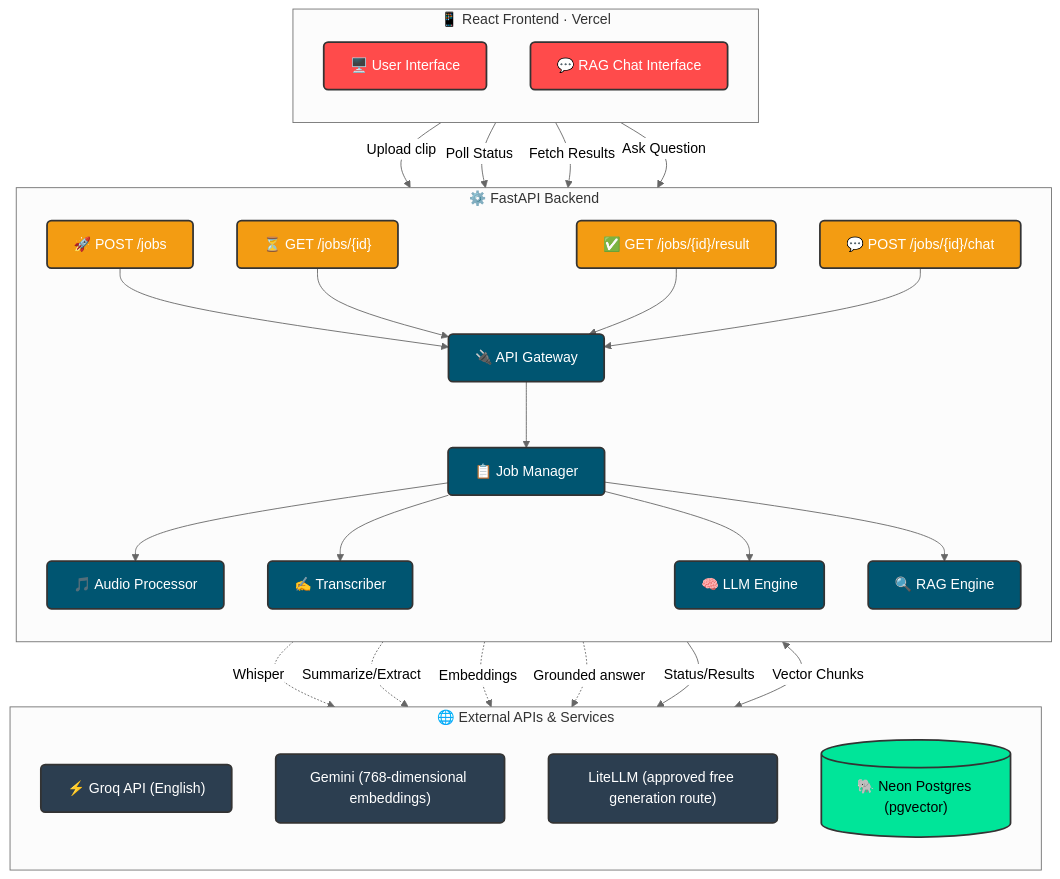
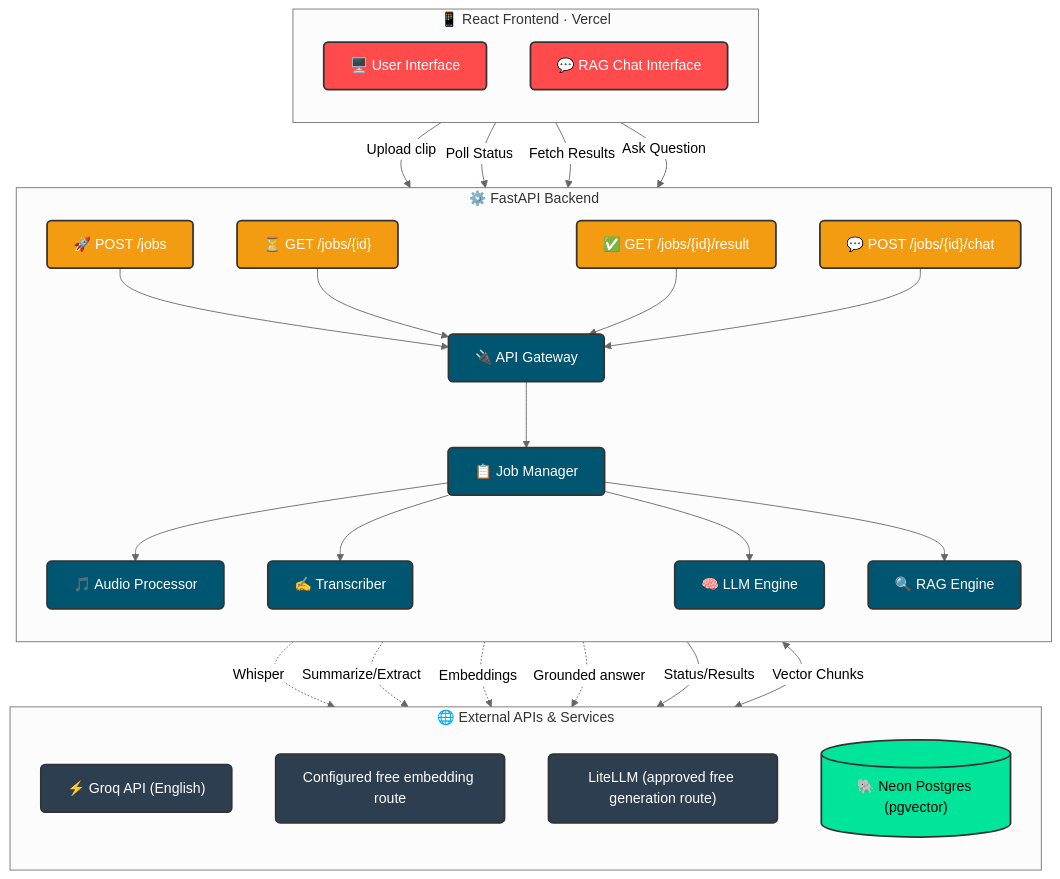
Before and after one commit to sumitjadhav1703/AI-Video-Assistant: the diagram in README.md, drawn with Mermaid (neutral theme). The commit also changed other lines of this file and 5 other files, not shown here.

````diff
--- a/README.md
+++ b/README.md
@@ -57,63 +59,63 @@
 ```mermaid
 flowchart TD
     %% Styling
     classDef frontend fill:#FF4B4B,stroke:#333,stroke-width:2px,color:#fff,rx:5px,ry:5px
     classDef backend fill:#005571,stroke:#333,stroke-width:2px,color:#fff,rx:5px,ry:5px
     classDef external fill:#2c3e50,stroke:#333,stroke-width:2px,color:#fff,rx:5px,ry:5px
     classDef database fill:#00E599,stroke:#333,stroke-width:2px,color:#000,rx:5px,ry:5px
     classDef apiEndpoint fill:#f39c12,stroke:#333,stroke-width:2px,color:#fff,rx:5px,ry:5px
 
     %% Nodes
     subgraph Frontend_App ["📱 React Frontend · Vercel"]
         direction TB
         UI["🖥️ User Interface"]:::frontend
         Chat["💬 RAG Chat Interface"]:::frontend
     end
 
     subgraph Backend_App ["⚙️ FastAPI Backend"]
         direction TB
         API_Start["🚀 POST /jobs"]:::apiEndpoint
         API_Status["⏳ GET /jobs/{id}"]:::apiEndpoint
         API_Result["✅ GET /jobs/{id}/result"]:::apiEndpoint
         API_Chat["💬 POST /jobs/{id}/chat"]:::apiEndpoint
 
         Gateway["🔌 API Gateway"]:::backend
         JobManager["📋 Job Manager"]:::backend
         AudioProc["🎵 Audio Processor"]:::backend
         Transcriber["✍️ Transcriber"]:::backend
         LLMEngine["🧠 LLM Engine"]:::backend
         RAGEngine["🔍 RAG Engine"]:::backend
     end
 
     subgraph External_Services ["🌐 External APIs & Services"]
         direction TB
         Groq["⚡ Groq API (English)"]:::external
-        Gemini["Gemini (768-dimensional embeddings)"]:::external
+        Embeddings["Configured free embedding route"]:::external
         LiteLLM["LiteLLM (approved free generation route)"]:::external
         Neon[("🐘 Neon Postgres (pgvector)")]:::database
     end
 
     %% Connections
     UI -->|"Upload clip"| API_Start
     UI -->|"Poll Status"| API_Status
     UI -->|"Fetch Results"| API_Result
     Chat -->|"Ask Question"| API_Chat
 
     API_Start --> Gateway
     API_Status --> Gateway
     API_Result --> Gateway
     API_Chat --> Gateway
 
     Gateway --> JobManager
     JobManager --> AudioProc
     JobManager --> Transcriber
     JobManager --> LLMEngine
     JobManager --> RAGEngine
 
     Transcriber -.->|"Whisper"| Groq
     LLMEngine -.->|"Summarize/Extract"| LiteLLM
-    RAGEngine -.->|"Embeddings"| Gemini
+    RAGEngine -.->|"Embeddings"| Embeddings
     RAGEngine -.->|"Grounded answer"| LiteLLM
     JobManager -->|"Status/Results"| Neon
     RAGEngine <-->|"Vector Chunks"| Neon
 ```
````
